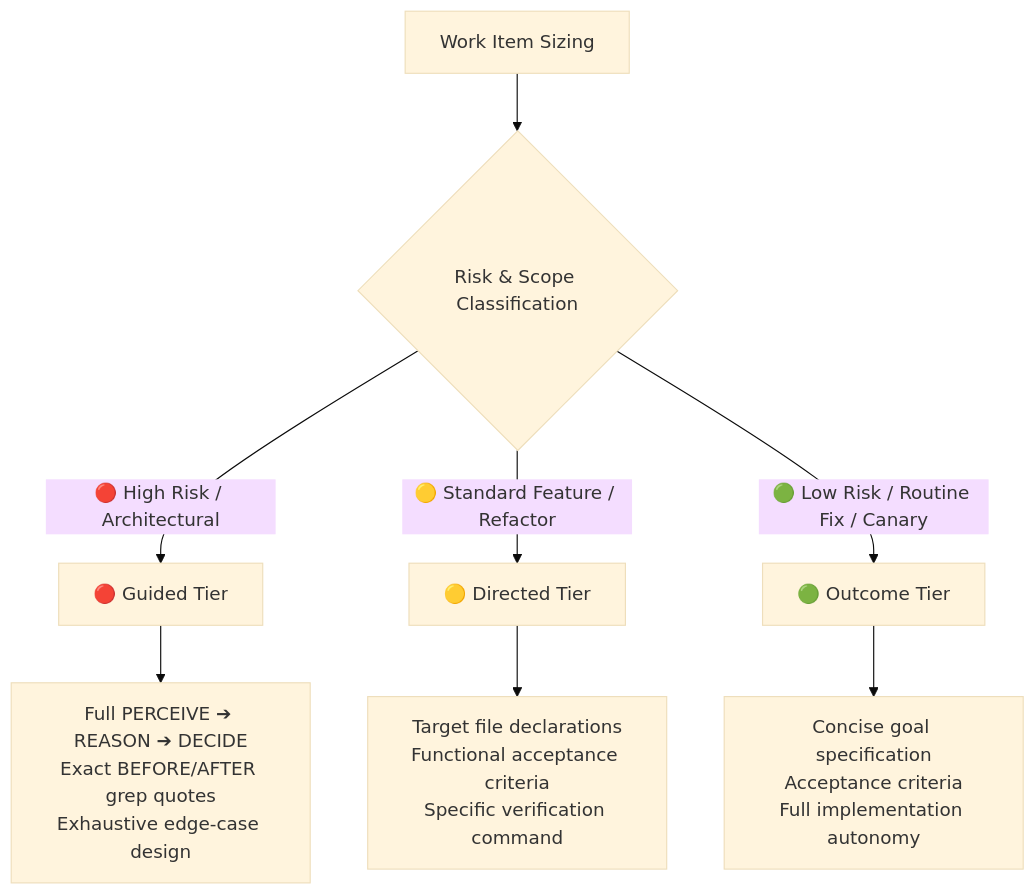
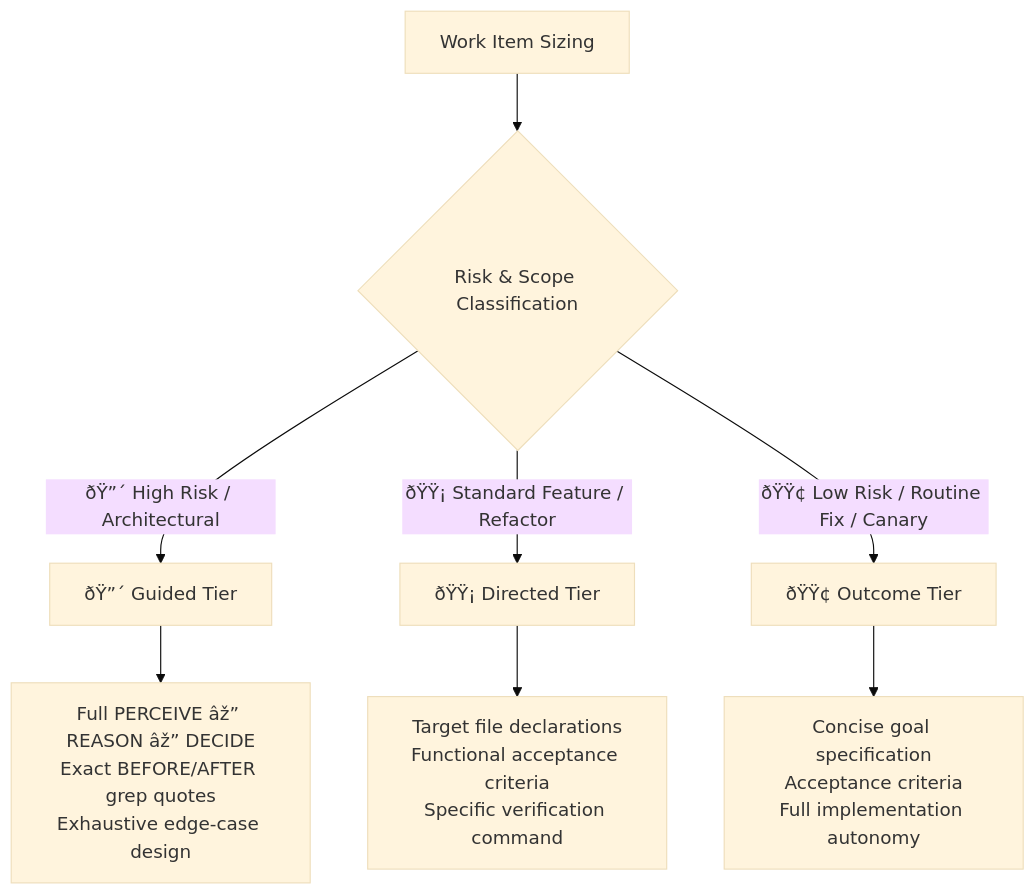
One commit to bhaskarjha-dev/kramak changed the second of 2 diagrams in docs/SPECIFICATION.md. Above: the diagram before and after it, drawn with Mermaid (base theme). The commit also changed other lines of this file and 35 other files, not shown here.

````diff
--- a/docs/SPECIFICATION.md
+++ b/docs/SPECIFICATION.md
@@ -156,11 +156,11 @@
 ```mermaid
 graph TD
     WI[Work Item Sizing] --> Risk{Risk & Scope Classification}
-    Risk -->|🔴 High Risk / Architectural| Guided[🔴 Guided Tier]
-    Risk -->|🟡 Standard Feature / Refactor| Directed[🟡 Directed Tier]
-    Risk -->|🟢 Low Risk / Routine Fix / Canary| Outcome[🟢 Outcome Tier]
+    Risk -->|ðŸ”´ High Risk / Architectural| Guided[ðŸ”´ Guided Tier]
+    Risk -->|ðŸŸ¡ Standard Feature / Refactor| Directed[ðŸŸ¡ Directed Tier]
+    Risk -->|ðŸŸ¢ Low Risk / Routine Fix / Canary| Outcome[ðŸŸ¢ Outcome Tier]
     
-    Guided --> G1[Full PERCEIVE ➔ REASON ➔ DECIDE<br/>Exact BEFORE/AFTER grep quotes<br/>Exhaustive edge-case design]
+    Guided --> G1[Full PERCEIVE âž” REASON âž” DECIDE<br/>Exact BEFORE/AFTER grep quotes<br/>Exhaustive edge-case design]
     Directed --> D1[Target file declarations<br/>Functional acceptance criteria<br/>Specific verification command]
     Outcome --> O1[Concise goal specification<br/>Acceptance criteria<br/>Full implementation autonomy]
 ```
````
